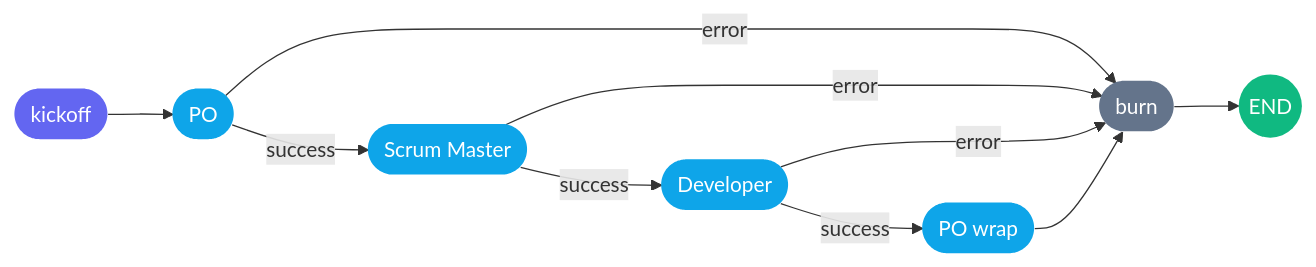
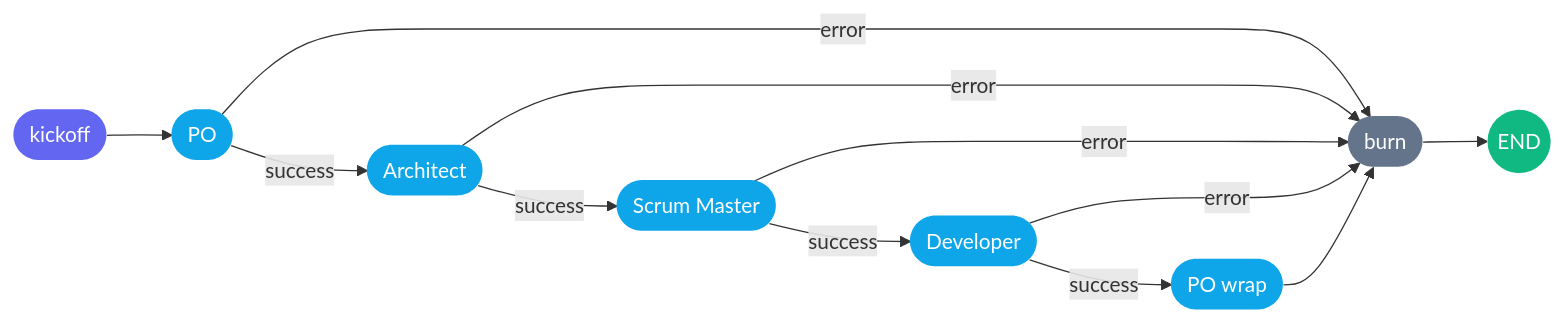
One commit to careb36/la-fabrique changed the third of 3 diagrams in la-fabrique/README.md. Above: the diagram before and after it, drawn with Mermaid. The commit also changed other lines of this file and 32 other files, not shown here.

````diff
--- a/la-fabrique/README.md
+++ b/la-fabrique/README.md
@@ -299,20 +311,23 @@
 ```mermaid
 flowchart LR
     K([kickoff]) --> PO([PO])
-    PO -->|success| SM([Scrum Master])
+    PO -->|success| AR([Architect])
     PO -->|error| B
+    AR -->|success| SM([Scrum Master])
+    AR -->|error| B
     SM -->|success| DEV([Developer])
     SM -->|error| B
     DEV -->|success| POW([PO wrap])
     DEV -->|error| B
     POW --> B([burn])
     B --> END(( END ))
 
     style K  fill:#6366f1,color:#fff,stroke:none
     style PO fill:#0ea5e9,color:#fff,stroke:none
+    style AR fill:#0ea5e9,color:#fff,stroke:none
     style SM fill:#0ea5e9,color:#fff,stroke:none
     style DEV fill:#0ea5e9,color:#fff,stroke:none
     style POW fill:#0ea5e9,color:#fff,stroke:none
     style B   fill:#64748b,color:#fff,stroke:none
     style END fill:#10b981,color:#fff,stroke:none
 ```
````
